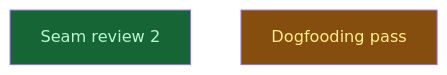
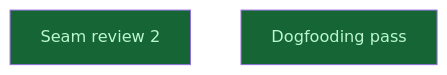
The diagram in __roadmap__/integrity/causes/checkpoint/snapshot/review/README.md (CrackingShells/Candler), drawn with Mermaid before and after one commit. The commit also changed other lines of this file and 9 other files, not shown here.

````diff
--- a/__roadmap__/integrity/causes/checkpoint/snapshot/review/README.md
+++ b/__roadmap__/integrity/causes/checkpoint/snapshot/review/README.md
@@ -17,10 +17,10 @@
 ```mermaid
 graph TD
     seam_review_two[Seam review 2]:::done
-    dogfood[Dogfooding pass]:::inprogress
+    dogfood[Dogfooding pass]:::done
     classDef done       fill:#166534,color:#bbf7d0
     classDef inprogress fill:#854d0e,color:#fef08a
     classDef planned    fill:#374151,color:#e5e7eb
     classDef amendment  fill:#1e3a5f,color:#bfdbfe
     classDef blocked    fill:#7f1d1d,color:#fecaca
 ```
````
